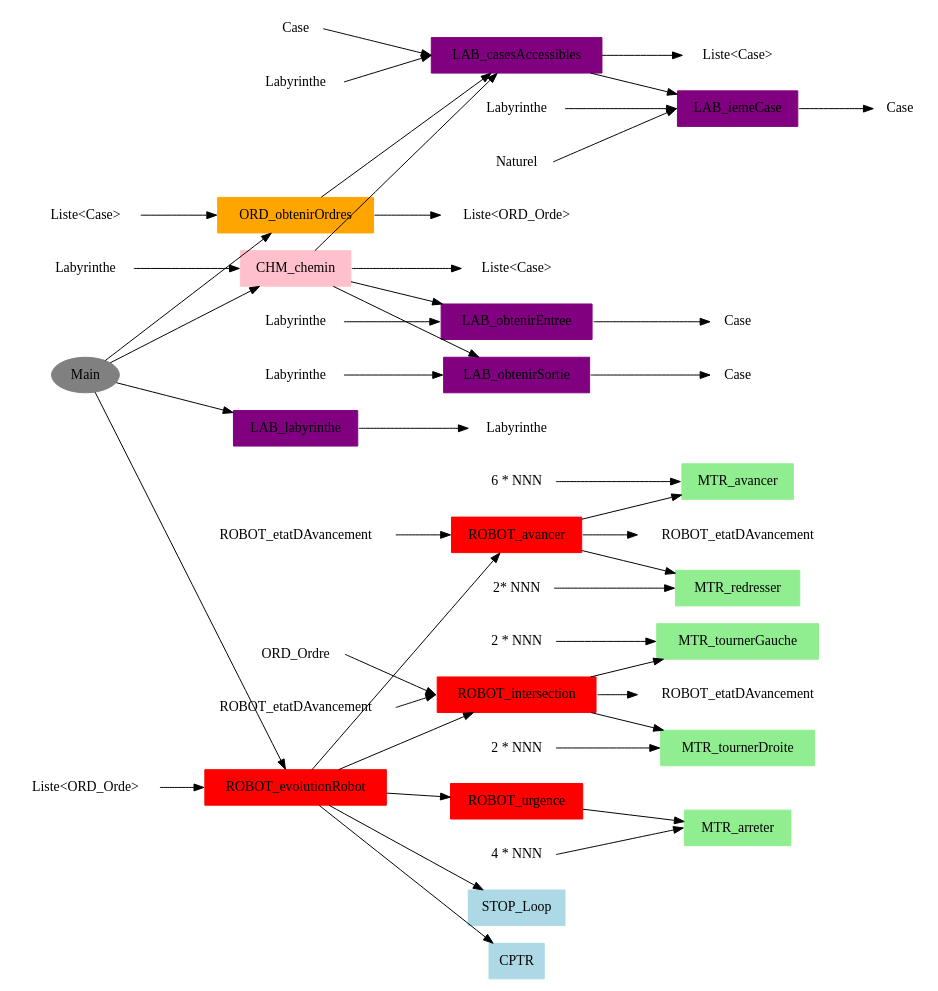
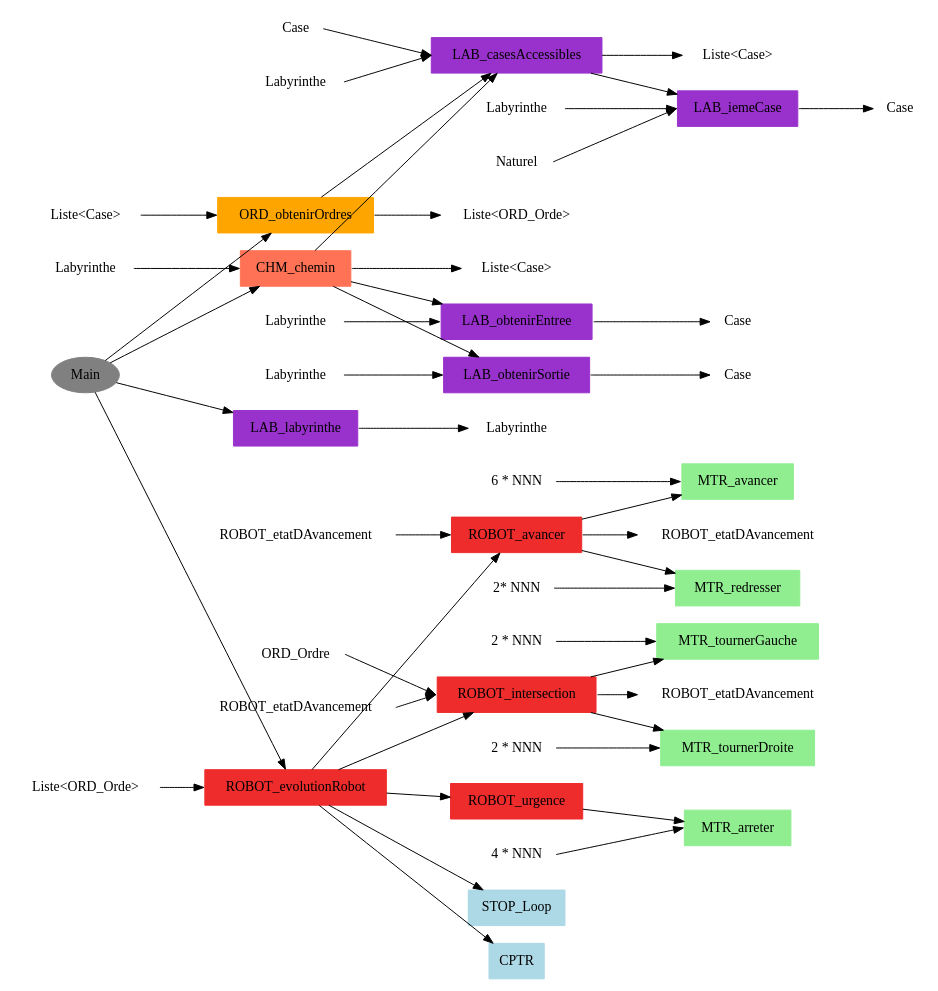
One commit to linavanille/projet-smartrobot changed the diagram in Rapport/analyseD.dot. Above: the diagram before and after it, drawn with Graphviz. The commit also changed 3 other files, not shown here.

```diff
--- a/Rapport/analyseD.dot
+++ b/Rapport/analyseD.dot
@@ -1,132 +1,132 @@
 digraph TopDownAnalysis {
     rankdir=LR; // Orientation top-down
     splines=false; // Force straight arrows
     node [shape=box, style=filled, color=lightblue]; // Style des noeuds
 
     // Tâche principale
     "Main" -> {"LAB_labyrinthe" "CHM_chemin" "ORD_obtenirOrdres" "ROBOT_evolutionRobot" };
 
         //LAB_labyrinthe
         "LAB_labyrinthe";
         sortie_lab [label="Labyrinthe"]
         "LAB_labyrinthe":e -> sortie_lab:w; // Sortie
 
         //CHM_chemin 
         "CHM_chemin" -> { "LAB_casesAccessibles" "LAB_obtenirEntree" "LAB_obtenirSortie"};
         entree_chm [label= "Labyrinthe"]
         entree_chm:e -> "CHM_chemin":w; // Entree
         sortie_chm [label="Liste<Case>"]
         "CHM_chemin":e -> sortie_chm:w; // Sortie
 
             //casesAccessibles 
             "LAB_casesAccessibles" -> {"LAB_iemeCase"};
             entree_CA1 [label= "Labyrinthe"]
             entree_CA1:e -> "LAB_casesAccessibles":w; // Entree
             entree_CA2 [label= "Case"]
             entree_CA2:e -> "LAB_casesAccessibles":w; // Entree
             sortie_CA [label="Liste<Case>"]
             "LAB_casesAccessibles":e -> sortie_CA:w; // Sortie
 
                 //casesAccessibles 
                 "LAB_iemeCase";
                 entree_iC1 [label= "Labyrinthe"]
                 entree_iC1:e -> "LAB_iemeCase":w; // Entree
                 entree_iC2 [label= "Naturel"]
                 entree_iC2:e -> "LAB_iemeCase":w; // Entree
                 sortie_iC [label="Case"]
                 "LAB_iemeCase":e -> sortie_iC:w; // Sortie
 
             //obtenirEntree 
             "LAB_obtenirEntree";
             entree_oE [label= "Labyrinthe"]
             entree_oE:e -> "LAB_obtenirEntree":w; // Entree
             sortie_oE [label="Case"]
             "LAB_obtenirEntree":e -> sortie_oE:w; // Sortie
 
             //obtenirSortie 
             "LAB_obtenirSortie";
             entree_oS [label= "Labyrinthe"]
             entree_oS:e -> "LAB_obtenirSortie":w; // Entree
             sortie_oS [label="Case"]
             "LAB_obtenirSortie":e -> sortie_oS:w; // Sortie
         
         //ORD_obtenirOrdres
         "ORD_obtenirOrdres" -> { "LAB_casesAccessibles"};
         entree_oOrd [label= "Liste<Case>"]
         entree_oOrd:e -> "ORD_obtenirOrdres":w; // Entree
         sortie_oOrd [label="Liste<ORD_Orde>"]
         "ORD_obtenirOrdres":e -> sortie_oOrd:w; // Sortie
 
         //ROBOT_evolutionRobot
         "ROBOT_evolutionRobot" -> { "ROBOT_avancer" "ROBOT_intersection" "ROBOT_urgence" "STOP_Loop" "CPTR"};
         entree_eR [label= "Liste<ORD_Orde>"]
         entree_eR:e -> "ROBOT_evolutionRobot":w; // Entree
 
             //ROBOT_avancer
             "ROBOT_avancer" -> {"MTR_avancer" "MTR_redresser"};
             entree_Ra [label= "ROBOT_etatDAvancement"]
             entree_Ra:e -> "ROBOT_avancer":w; // Entree
             sortie_Ra [label="ROBOT_etatDAvancement"]
             "ROBOT_avancer":e -> sortie_Ra:w; // Sortie
 
                 //MTR_avancer
                 "MTR_avancer";
                 entree_Mav [label= "6 * NNN"]
                 entree_Mav:e -> "MTR_avancer":w; // Entree
 
                 //MTR_redresser
                 "MTR_redresser";
                 entree_Mr [label= "2* NNN"]
                 entree_Mr:e -> "MTR_redresser":w; // Entree
 
             //ROBOT_intersection
             "ROBOT_intersection" -> {"MTR_tournerGauche" "MTR_tournerDroite"};
             entree_Ri1 [label= "ROBOT_etatDAvancement"]
             entree_Ri1:e -> "ROBOT_intersection":w; // Entree
             entree_Ri2 [label= "ORD_Ordre"]
             entree_Ri2:e -> "ROBOT_intersection":w; // Entree
             sortie_Ri [label="ROBOT_etatDAvancement"]
             "ROBOT_intersection":e -> sortie_Ri:w; // Sortie
 
                 //MTR_tournerGauche
                 "MTR_tournerGauche";
                 entree_MtG [label= "2 * NNN"]
                 entree_MtG:e -> "MTR_tournerGauche":w; // Entree
 
                 //MTR_tournerDroite
                 "MTR_tournerDroite";
                 entree_MtD [label= "2 * NNN"]
                 entree_MtD:e -> "MTR_tournerDroite":w; // Entree
 
             //ROBOT_urgence
             "ROBOT_urgence" -> {"MTR_arreter"};
 
                 //MTR_arreter
                 "MTR_arreter";
                 entree_Mar [label= "4 * NNN"]
                 entree_Mar:e -> "MTR_arreter":w; // Entree
             
     //Style Main
     Main [shape = ellipse, color = gray]
 
     //Style Labyrinthe
-    LAB_casesAccessibles, LAB_iemeCase, LAB_obtenirEntree, LAB_obtenirSortie, LAB_labyrinthe [shape = box, color= purple]
+    LAB_casesAccessibles, LAB_iemeCase, LAB_obtenirEntree, LAB_obtenirSortie, LAB_labyrinthe [shape = box, color= darkorchid]
                 
     //Style Ordre 
     ORD_obtenirOrdres [shape = box, color = orange]
 
     //Style Chemin 
-    CHM_chemin [shape = box, color = pink]
+    CHM_chemin [shape = box, color = coral1]
 
     //Style Moteur
     MTR_arreter, MTR_avancer, MTR_redresser, MTR_tournerDroite, MTR_tournerGauche [shape=box, color = lightgreen]
 
     //Style Robot
-    ROBOT_avancer, ROBOT_evolutionRobot, ROBOT_intersection, ROBOT_urgence [shape = box, color = red]
+    ROBOT_avancer, ROBOT_evolutionRobot, ROBOT_intersection, ROBOT_urgence [shape = box, color = firebrick2]
 
     // Styles spécifiques pour Entrées/Sorties
     entree_chm, entree_CA1, entree_CA2, entree_iC1, entree_iC2, entree_oE, entree_oS, entree_oOrd, entree_eR, entree_Ra, entree_Mav, entree_Mr, entree_Ri1, entree_Ri2, entree_MtD, entree_MtG, entree_Mar [shape=none, color=none];
     sortie_lab, sortie_chm, sortie_CA, sortie_iC, sortie_oE, sortie_oS, sortie_oOrd, sortie_Ra, sortie_Ri [shape=none, color=none];
     
 
 }
```
